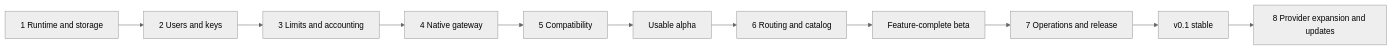
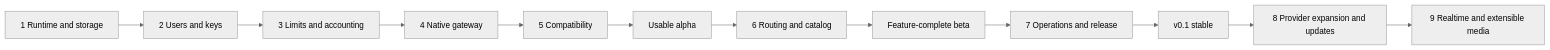
The diagram in docs/plan/README.md (bobalazek/pocket-ai-gateway), drawn with Mermaid (neutral theme) before and after one commit. The commit also changed other lines of this file and 72 other files, not shown here.

Commit message:
Add realtime and extensible media providers

```diff
--- a/docs/plan/README.md
+++ b/docs/plan/README.md
@@ -9,13 +9,14 @@
 ~~~mermaid
 flowchart LR
     P1[1 Runtime and storage] --> P2[2 Users and keys]
     P2 --> P3[3 Limits and accounting]
     P3 --> P4[4 Native gateway]
     P4 --> P5[5 Compatibility]
     P5 --> Alpha[Usable alpha]
     Alpha --> P6[6 Routing and catalog]
     P6 --> Beta[Feature-complete beta]
     Beta --> P7[7 Operations and release]
     P7 --> Stable[v0.1 stable]
     Stable --> P8[8 Provider expansion and updates]
+    P8 --> P9[9 Realtime and extensible media]
 ~~~
```
